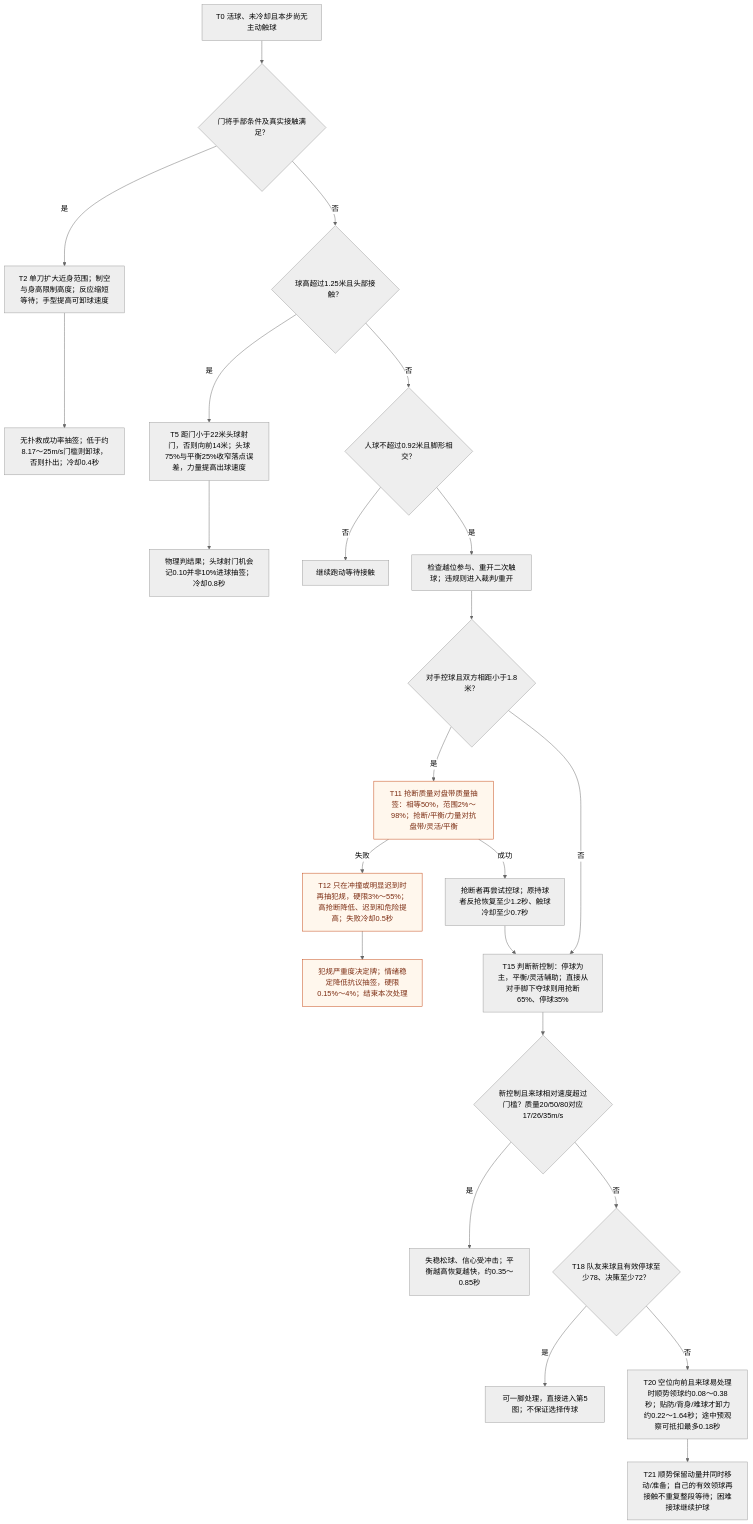
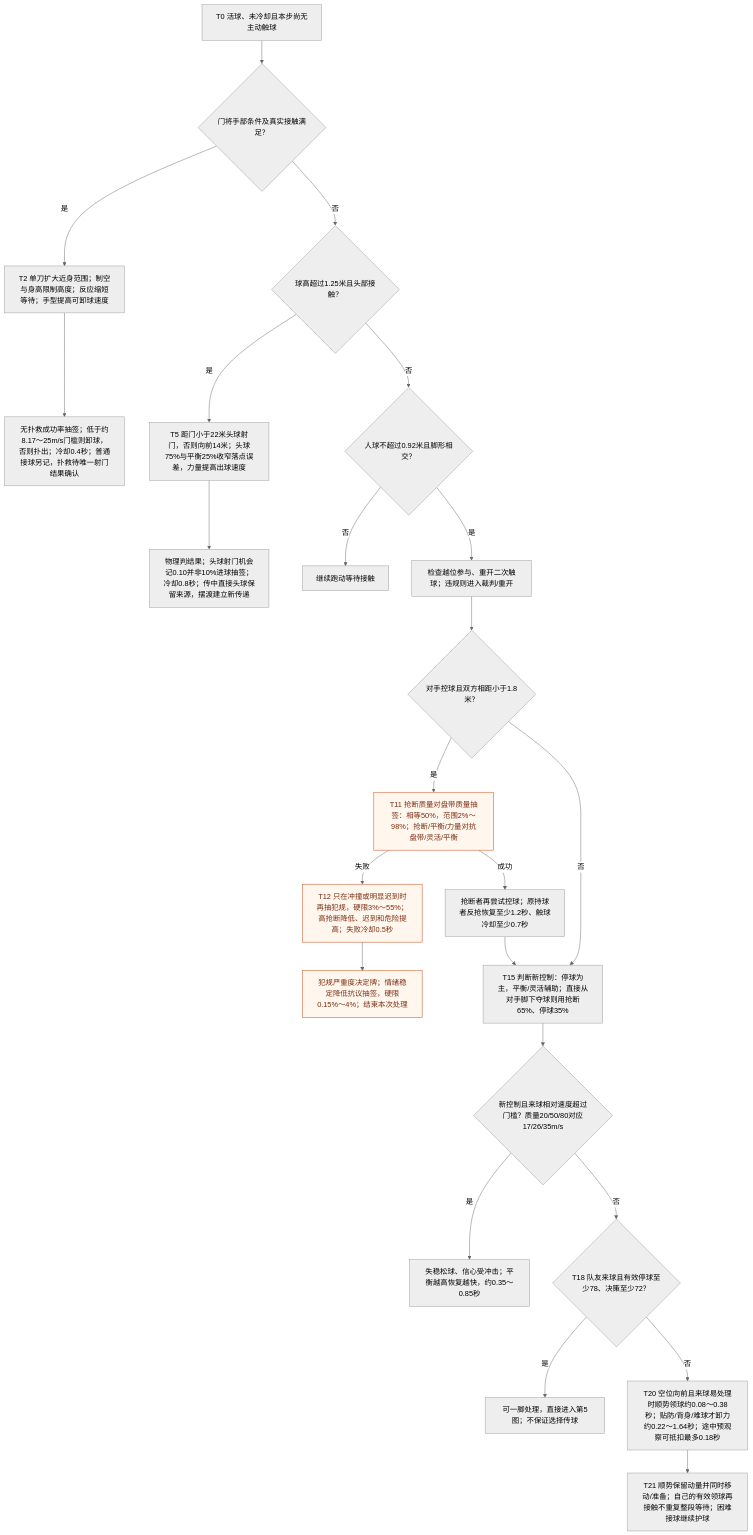
One commit to sixu3575/touchline-manager changed the fourth of 7 diagrams in packages/shared/modules/matches/design/PLAYER_DECISION_MAP.md. Above: the diagram before and after it, drawn with Mermaid (neutral theme). The commit also changed other lines of this file and 29 other files, not shown here.

````diff
--- a/packages/shared/modules/matches/design/PLAYER_DECISION_MAP.md
+++ b/packages/shared/modules/matches/design/PLAYER_DECISION_MAP.md
@@ -179,27 +184,27 @@
 ```mermaid
 flowchart TD
   T0["T0 活球、未冷却且本步尚无主动触球"] --> T1{"门将手部条件及真实接触满足？"}
   T1 -->|是| T2["T2 单刀扩大近身范围；制空与身高限制高度；反应缩短等待；手型提高可卸球速度"]
-  T2 --> T3["无扑救成功率抽签；低于约8.17～25m/s门槛则卸球，否则扑出；冷却0.4秒"]
+  T2 --> T3["无扑救成功率抽签；低于约8.17～25m/s门槛则卸球，否则扑出；冷却0.4秒；普通接球另记，扑救待唯一射门结果确认"]
   T1 -->|否| T4{"球高超过1.25米且头部接触？"}
   T4 -->|是| T5["T5 距门小于22米头球射门，否则向前14米；头球75%与平衡25%收窄落点误差，力量提高出球速度"]
-  T5 --> T6["物理判结果；头球射门机会记0.10并非10%进球抽签；冷却0.8秒"]
+  T5 --> T6["物理判结果；头球射门机会记0.10并非10%进球抽签；冷却0.8秒；传中直接头球保留来源，摆渡建立新传递"]
   T4 -->|否| T7{"人球不超过0.92米且脚形相交？"}
   T7 -->|否| T8["继续跑动等待接触"]
   T7 -->|是| T9["检查越位参与、重开二次触球；违规则进入裁判/重开"]
   T9 --> T10{"对手控球且双方相距小于1.8米？"}
   T10 -->|是| T11["T11 抢断质量对盘带质量抽签：相等50%，范围2%～98%；抢断/平衡/力量对抗盘带/灵活/平衡"]
   T11 -->|失败| T12["T12 只在冲撞或明显迟到时再抽犯规，硬限3%～55%；高抢断降低、迟到和危险提高；失败冷却0.5秒"]
   T12 --> T13["犯规严重度决定牌；情绪稳定降低抗议抽签，硬限0.15%～4%；结束本次处理"]
   T11 -->|成功| T14["抢断者再尝试控球；原持球者反抢恢复至少1.2秒、触球冷却至少0.7秒"]
   T10 -->|否| T15["T15 判断新控制：停球为主，平衡/灵活辅助；直接从对手脚下夺球则用抢断65%、停球35%"]
   T14 --> T15
   T15 --> T16{"新控制且来球相对速度超过门槛？质量20/50/80对应17/26/35m/s"}
   T16 -->|是| T17["失稳松球、信心受冲击；平衡越高恢复越快，约0.35～0.85秒"]
   T16 -->|否| T18{"T18 队友来球且有效停球至少78、决策至少72？"}
   T18 -->|是| T19["可一脚处理，直接进入第5图；不保证选择传球"]
   T18 -->|否| T20["T20 空位向前且来球易处理时顺势领球约0.08～0.38秒；贴防/背身/难球才卸力约0.22～1.64秒；途中预观察可抵扣最多0.18秒"]
   T20 --> T21["T21 顺势保留动量并同时移动/准备；自己的有效领球再接触不重复整段等待；困难接球继续护球"]
   classDef draw fill:#fff7ed,stroke:#c2410c,color:#7c2d12
   class T11,T12,T13 draw
 ```
````
